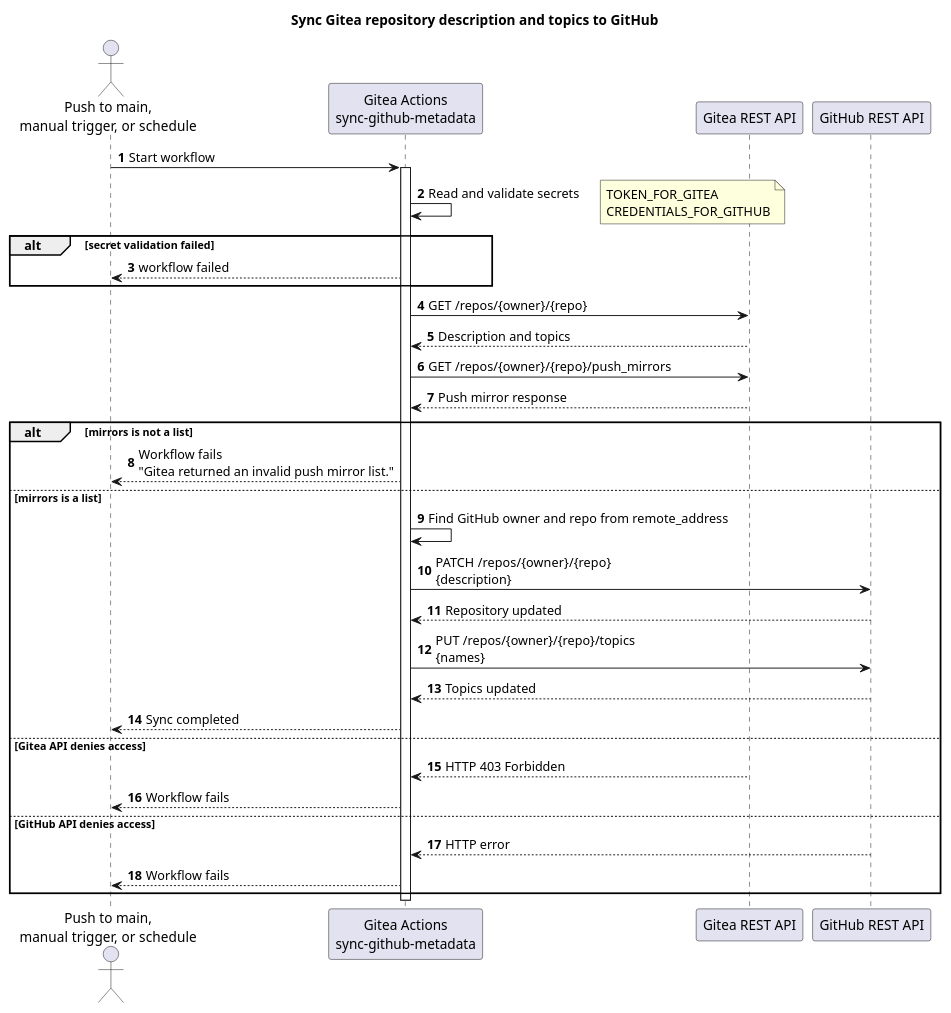
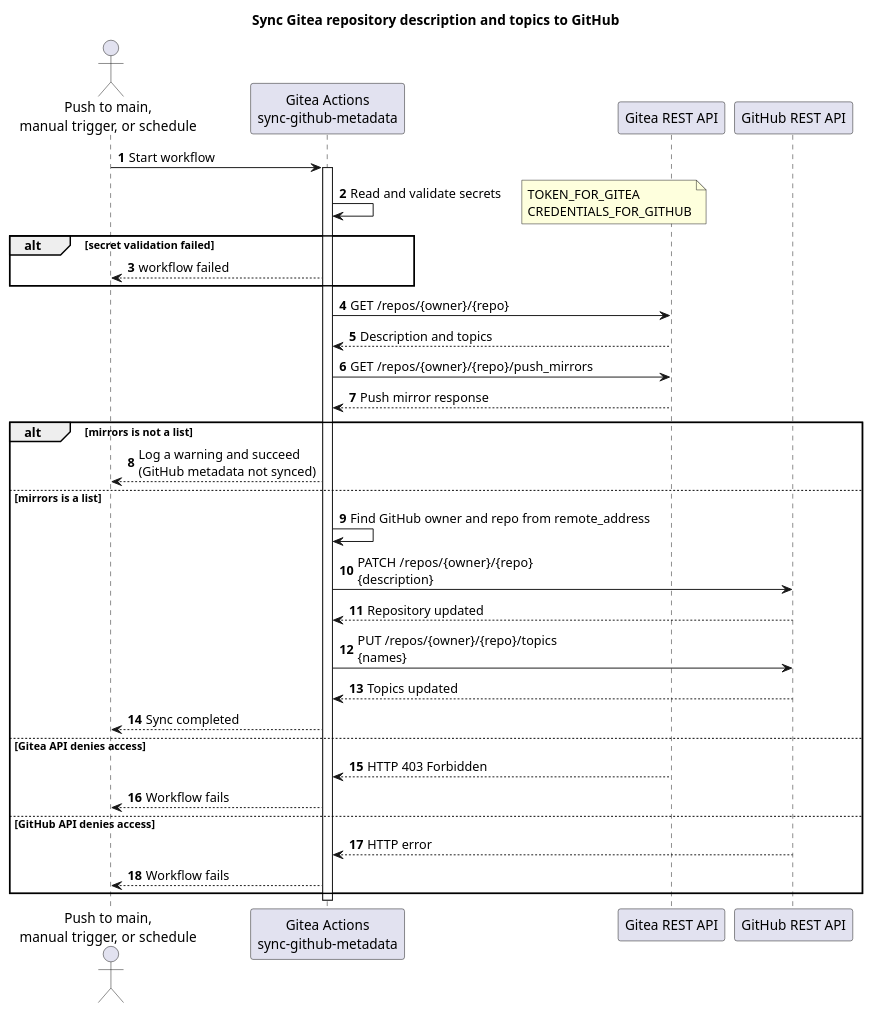
The diagram in README.md (TirSystem/git-workflows), drawn with PlantUML before and after one commit. The commit also changed other lines of this file and 9 other files, not shown here.

First line of the commit message:
Stabilise the metadata sync workflow and add offline validation

````diff
--- a/README.md
+++ b/README.md
@@ -70,53 +81,53 @@
 ```plantuml
 @startuml
 title Sync Gitea repository description and topics to GitHub
 
 autonumber
 
 actor "Push to main,\nmanual trigger, or schedule" as Trigger
 participant "Gitea Actions\nsync-github-metadata" as Workflow
 participant "Gitea REST API" as Gitea
 participant "GitHub REST API" as GitHub
 
 Trigger -> Workflow: Start workflow
 activate Workflow
 
 Workflow -> Workflow: Read and validate secrets
 note right
 TOKEN_FOR_GITEA
 CREDENTIALS_FOR_GITHUB
 end note
 
 alt secret validation failed
   Workflow --> Trigger: workflow failed
 end
 
 
 Workflow -> Gitea: GET /repos/{owner}/{repo}
 Gitea --> Workflow: Description and topics
 
 Workflow -> Gitea: GET /repos/{owner}/{repo}/push_mirrors
 Gitea --> Workflow: Push mirror response
 
 alt mirrors is not a list
-    Workflow --> Trigger: Workflow fails\n"Gitea returned an invalid push mirror list."
+    Workflow --> Trigger: Log a warning and succeed\n(GitHub metadata not synced)
 else mirrors is a list
     Workflow -> Workflow: Find GitHub owner and repo from remote_address
 
     Workflow -> GitHub: PATCH /repos/{owner}/{repo}\n{description}
     GitHub --> Workflow: Repository updated
 
     Workflow -> GitHub: PUT /repos/{owner}/{repo}/topics\n{names}
     GitHub --> Workflow: Topics updated
 
     Workflow --> Trigger: Sync completed
 else Gitea API denies access
     Gitea --> Workflow: HTTP 403 Forbidden
     Workflow --> Trigger: Workflow fails
 else GitHub API denies access
     GitHub --> Workflow: HTTP error
     Workflow --> Trigger: Workflow fails
 end
 deactivate Workflow
 @enduml
 ```
````
